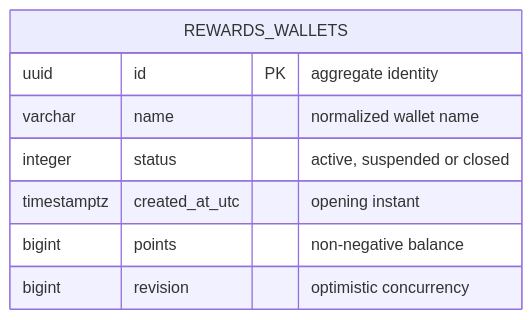
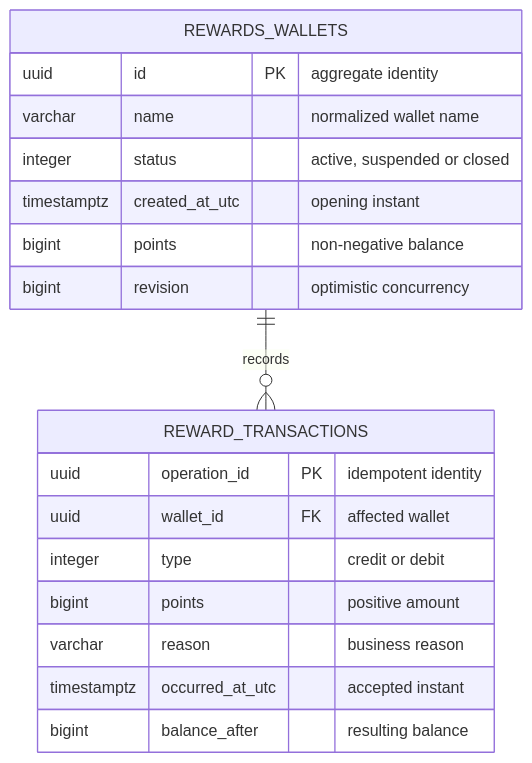
The fourth of 4 diagrams in README.md (rfulgencio3/RewardFlow.SuppleDesign), drawn with Mermaid before and after one commit. The commit also changed other lines of this file and 27 other files, not shown here.

Commit message:
feat: add idempotent reward transaction ledger (#15)

````diff
--- a/README.md
+++ b/README.md
@@ -515,11 +521,21 @@
 ```mermaid
 erDiagram
     REWARDS_WALLETS {
         uuid id PK "aggregate identity"
         varchar name "normalized wallet name"
         integer status "active, suspended or closed"
         timestamptz created_at_utc "opening instant"
         bigint points "non-negative balance"
         bigint revision "optimistic concurrency"
     }
+    REWARD_TRANSACTIONS {
+        uuid operation_id PK "idempotent identity"
+        uuid wallet_id FK "affected wallet"
+        integer type "credit or debit"
+        bigint points "positive amount"
+        varchar reason "business reason"
+        timestamptz occurred_at_utc "accepted instant"
+        bigint balance_after "resulting balance"
+    }
+    REWARDS_WALLETS ||--o{ REWARD_TRANSACTIONS : records
 ```
````
